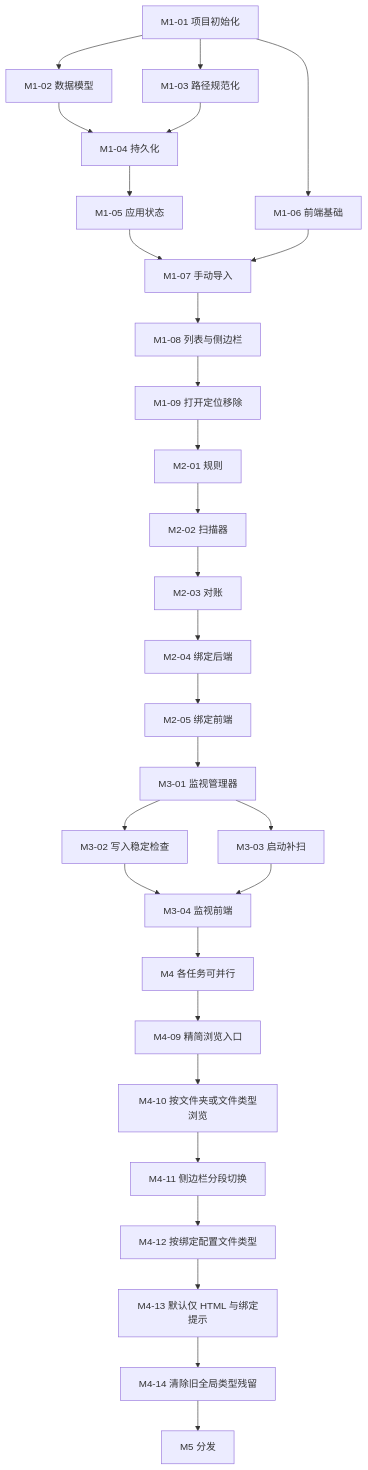
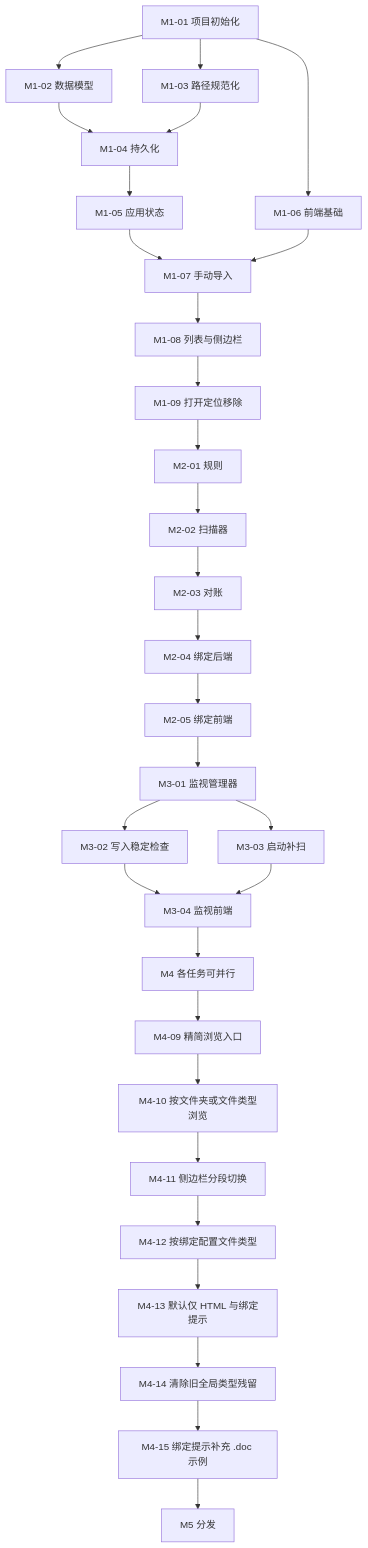
The diagram in docs/PLAN.md (623zhu/file_link), drawn with Mermaid before and after one commit. The commit also changed other lines of this file and 1 other file, not shown here.

````diff
--- a/docs/PLAN.md
+++ b/docs/PLAN.md
@@ -104,34 +105,35 @@
 ```mermaid
 flowchart TD
   M1_01[M1-01 项目初始化] --> M1_02[M1-02 数据模型]
   M1_01 --> M1_03[M1-03 路径规范化]
   M1_01 --> M1_06[M1-06 前端基础]
   M1_02 --> M1_04[M1-04 持久化]
   M1_03 --> M1_04
   M1_04 --> M1_05[M1-05 应用状态]
   M1_05 --> M1_07[M1-07 手动导入]
   M1_06 --> M1_07
   M1_07 --> M1_08[M1-08 列表与侧边栏]
   M1_08 --> M1_09[M1-09 打开定位移除]
 
   M1_09 --> M2_01[M2-01 规则]
   M2_01 --> M2_02[M2-02 扫描器]
   M2_02 --> M2_03[M2-03 对账]
   M2_03 --> M2_04[M2-04 绑定后端]
   M2_04 --> M2_05[M2-05 绑定前端]
 
   M2_05 --> M3_01[M3-01 监视管理器]
   M3_01 --> M3_02[M3-02 写入稳定检查]
   M3_01 --> M3_03[M3-03 启动补扫]
   M3_02 --> M3_04[M3-04 监视前端]
   M3_03 --> M3_04
 
   M3_04 --> M4[M4 各任务可并行]
   M4 --> M4_09[M4-09 精简浏览入口]
   M4_09 --> M4_10[M4-10 按文件夹或文件类型浏览]
   M4_10 --> M4_11[M4-11 侧边栏分段切换]
   M4_11 --> M4_12[M4-12 按绑定配置文件类型]
   M4_12 --> M4_13[M4-13 默认仅 HTML 与绑定提示]
   M4_13 --> M4_14[M4-14 清除旧全局类型残留]
-  M4_14 --> M5[M5 分发]
+  M4_14 --> M4_15[M4-15 绑定提示补充 .doc 示例]
+  M4_15 --> M5[M5 分发]
 ```
````
